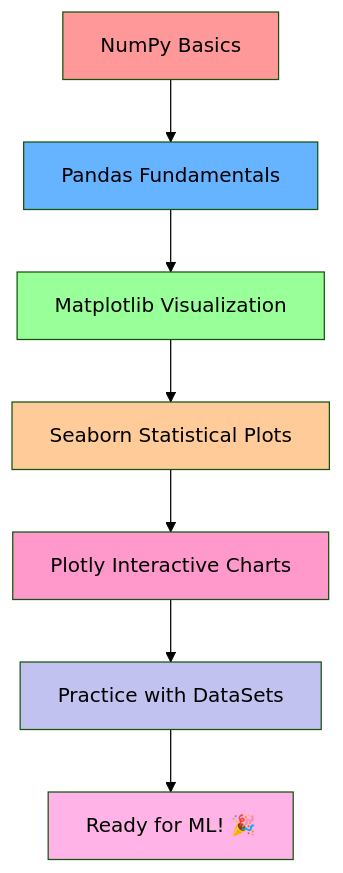
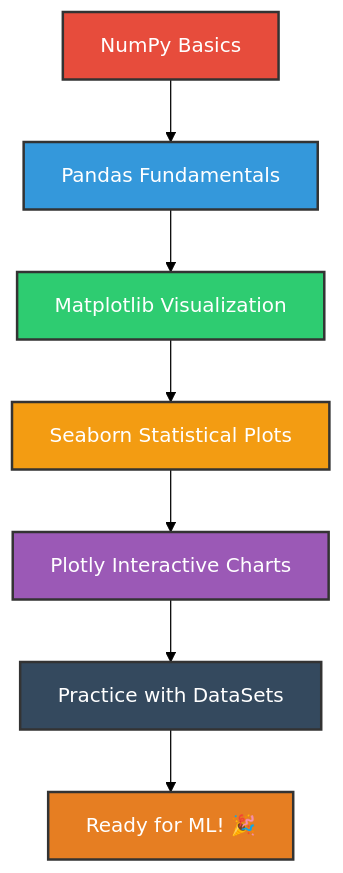
The diagram in README.md (DevRitesh08/0.-Preparatory-Topics-for-ML), drawn with Mermaid (forest theme) before and after one commit. The commit also changed other lines of this file, not shown here.

Commit message:
Update styles for flowchart in README.md

````diff
--- a/README.md
+++ b/README.md
@@ -102,17 +102,17 @@
 ```mermaid
 graph TD
     A[NumPy Basics] --> B[Pandas Fundamentals]
     B --> C[Matplotlib Visualization]
     C --> D[Seaborn Statistical Plots]
     D --> E[Plotly Interactive Charts]
     E --> F[Practice with DataSets]
     F --> G[Ready for ML! 🎉]
     
-    style A fill:#ff9999
-    style B fill:#66b3ff
-    style C fill:#99ff99
-    style D fill:#ffcc99
-    style E fill:#ff99cc
-    style F fill:#c2c2f0
-    style G fill:#ffb3e6
+    style A fill:#e74c3c,stroke:#333,stroke-width:2px,color:#fff
+    style B fill:#3498db,stroke:#333,stroke-width:2px,color:#fff
+    style C fill:#2ecc71,stroke:#333,stroke-width:2px,color:#fff
+    style D fill:#f39c12,stroke:#333,stroke-width:2px,color:#fff
+    style E fill:#9b59b6,stroke:#333,stroke-width:2px,color:#fff
+    style F fill:#34495e,stroke:#333,stroke-width:2px,color:#fff
+    style G fill:#e67e22,stroke:#333,stroke-width:2px,color:#fff
 ```
````
